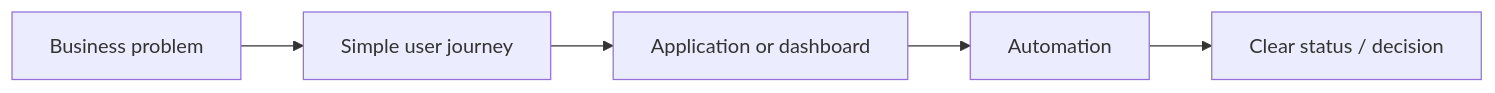
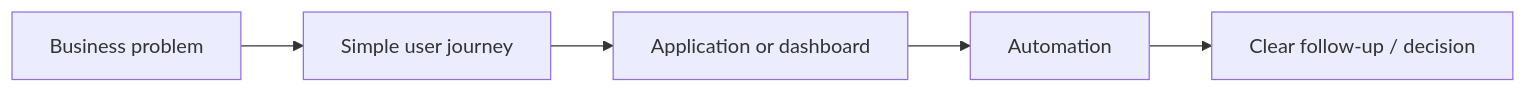
Before and after one commit to jeffersonkuku/jeffersonkuku: the first of 2 diagrams in README.md, drawn with Mermaid. The commit also changed other lines of this file, not shown here.

````diff
--- a/README.md
+++ b/README.md
@@ -13,7 +46,7 @@
 ```mermaid
 flowchart LR
     A[Business problem] --> B[Simple user journey]
     B --> C[Application or dashboard]
     C --> D[Automation]
-    D --> E[Clear status / decision]
+    D --> E[Clear follow-up / decision]
 ```
````
